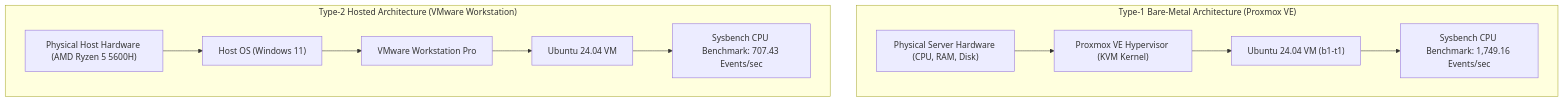
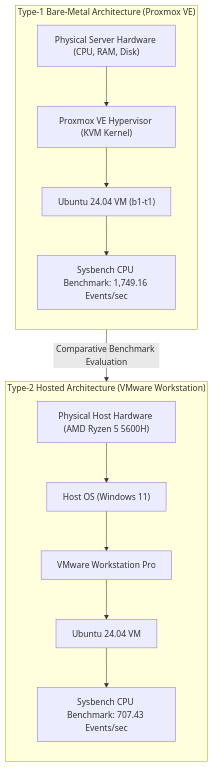
Before and after one commit to omkarmahendrakar420/Cloud-Computing-: the diagram in README.md, drawn with Mermaid. The commit also changed other lines of this file and 2 other files, not shown here.

Commit message:
Add comparison graph and update architectural flowchart to vertical orientation

````diff
--- a/README.md
+++ b/README.md
@@ -50,15 +50,19 @@
 ```mermaid
-graph TD
+flowchart TD
     subgraph Type1["Type-1 Bare-Metal Architecture (Proxmox VE)"]
+        direction TB
         H1["Physical Server Hardware (CPU, RAM, Disk)"] --> P1["Proxmox VE Hypervisor (KVM Kernel)"]
         P1 --> VM1["Ubuntu 24.04 VM (b1-t1)"]
         VM1 --> S1["Sysbench CPU Benchmark: 1,749.16 Events/sec"]
     end
 
     subgraph Type2["Type-2 Hosted Architecture (VMware Workstation)"]
+        direction TB
         H2["Physical Host Hardware (AMD Ryzen 5 5600H)"] --> OS2["Host OS (Windows 11)"]
         OS2 --> VMW["VMware Workstation Pro"]
         VMW --> VM2["Ubuntu 24.04 VM"]
         VM2 --> S2["Sysbench CPU Benchmark: 707.43 Events/sec"]
     end
+
+    Type1 -->|Comparative Benchmark Evaluation| Type2
 ```
````
